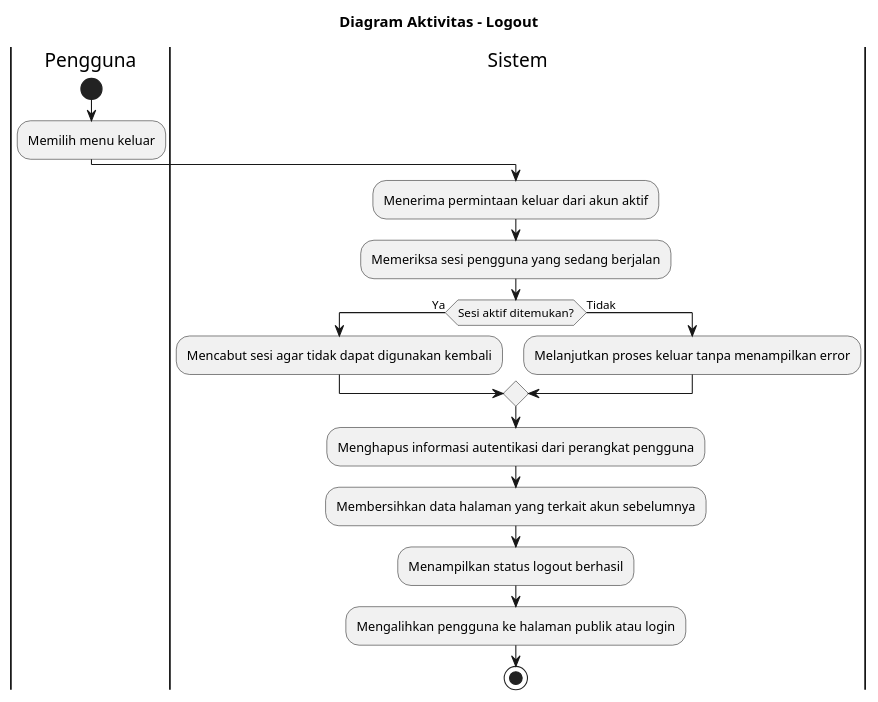
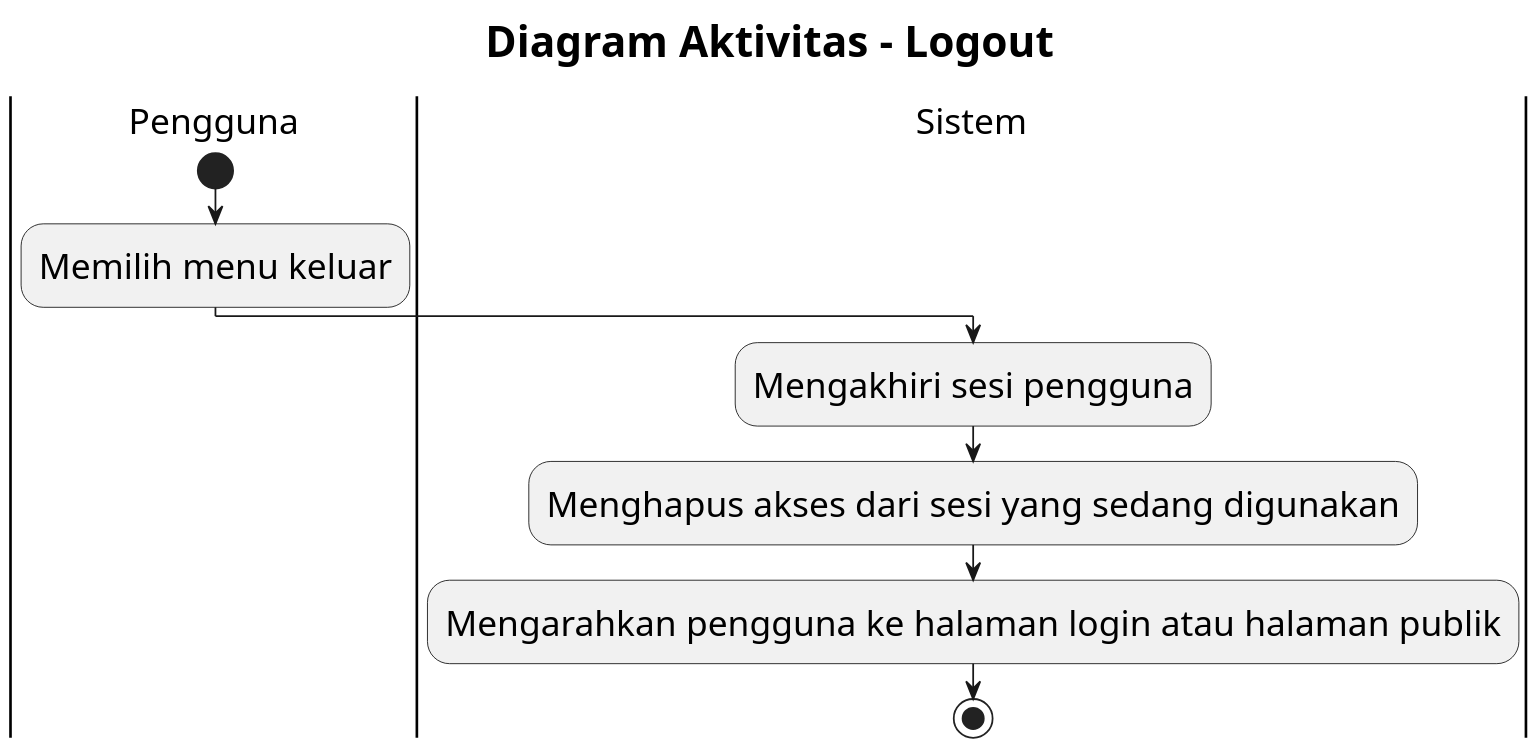
The diagram in docs/activity-diagram/lampiran/seluruh-pengguna-logout.md (howlil/sop-generate-app), drawn with PlantUML before and after one commit. The commit also changed other lines of this file and 20 other files, not shown here.

Commit message:
docs(activity): align all activity diagrams with use cases

````diff
--- a/docs/activity-diagram/lampiran/seluruh-pengguna-logout.md
+++ b/docs/activity-diagram/lampiran/seluruh-pengguna-logout.md
@@ -16,26 +16,21 @@
 ```plantuml
 @startuml
+skinparam defaultFontSize 20
+skinparam titleFontSize 24
+skinparam dpi 160
+
 title Diagram Aktivitas - Logout
 
 |Pengguna|
 start
 :Memilih menu keluar;
 
 |Sistem|
-:Menerima permintaan keluar dari akun aktif;
-:Memeriksa sesi pengguna yang sedang berjalan;
-
-if (Sesi aktif ditemukan?) then (Ya)
-  :Mencabut sesi agar tidak dapat digunakan kembali;
-else (Tidak)
-  :Melanjutkan proses keluar tanpa menampilkan error;
-endif
-
-:Menghapus informasi autentikasi dari perangkat pengguna;
-:Membersihkan data halaman yang terkait akun sebelumnya;
-:Menampilkan status logout berhasil;
-:Mengalihkan pengguna ke halaman publik atau login;
+:Mengakhiri sesi pengguna;
+:Menghapus akses dari sesi yang sedang digunakan;
+:Mengarahkan pengguna ke halaman login atau halaman publik;
 
 stop
+
 @enduml
 ```
````
